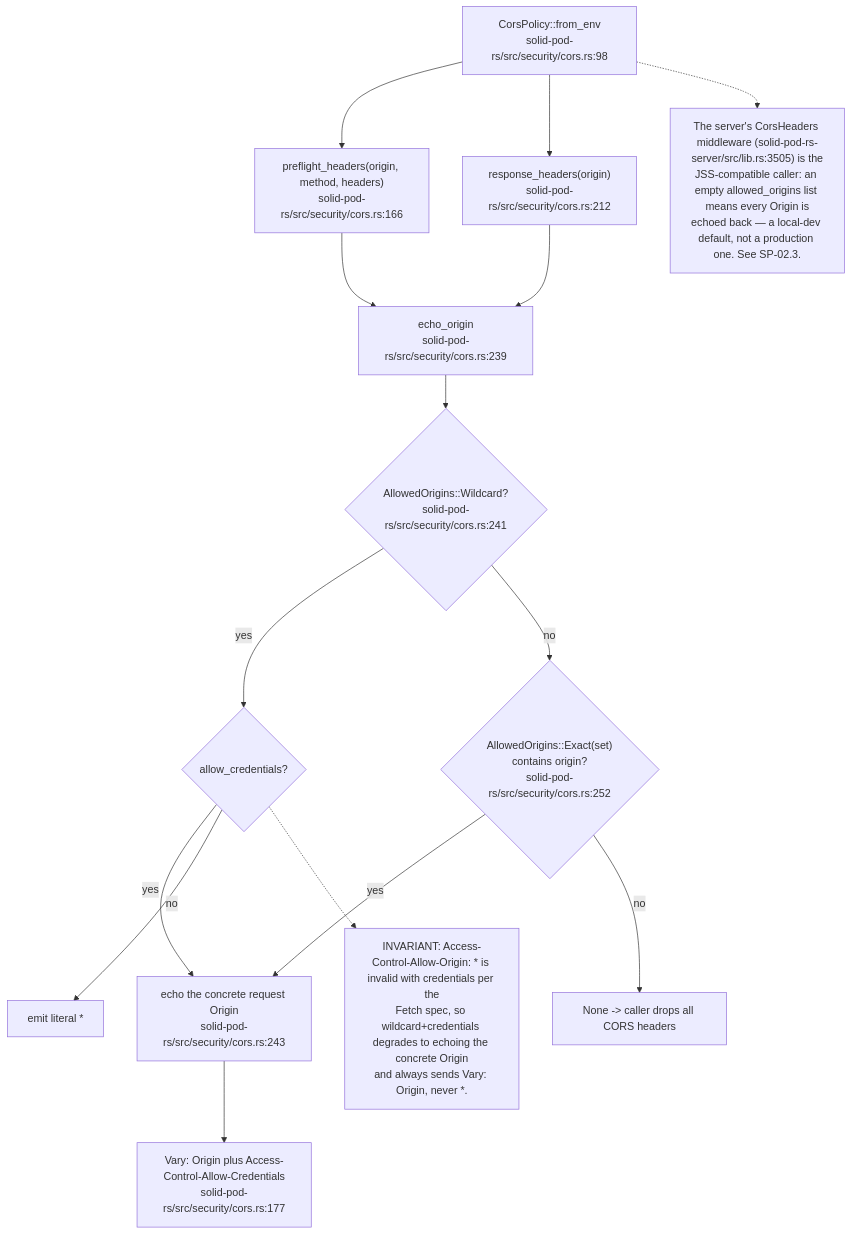
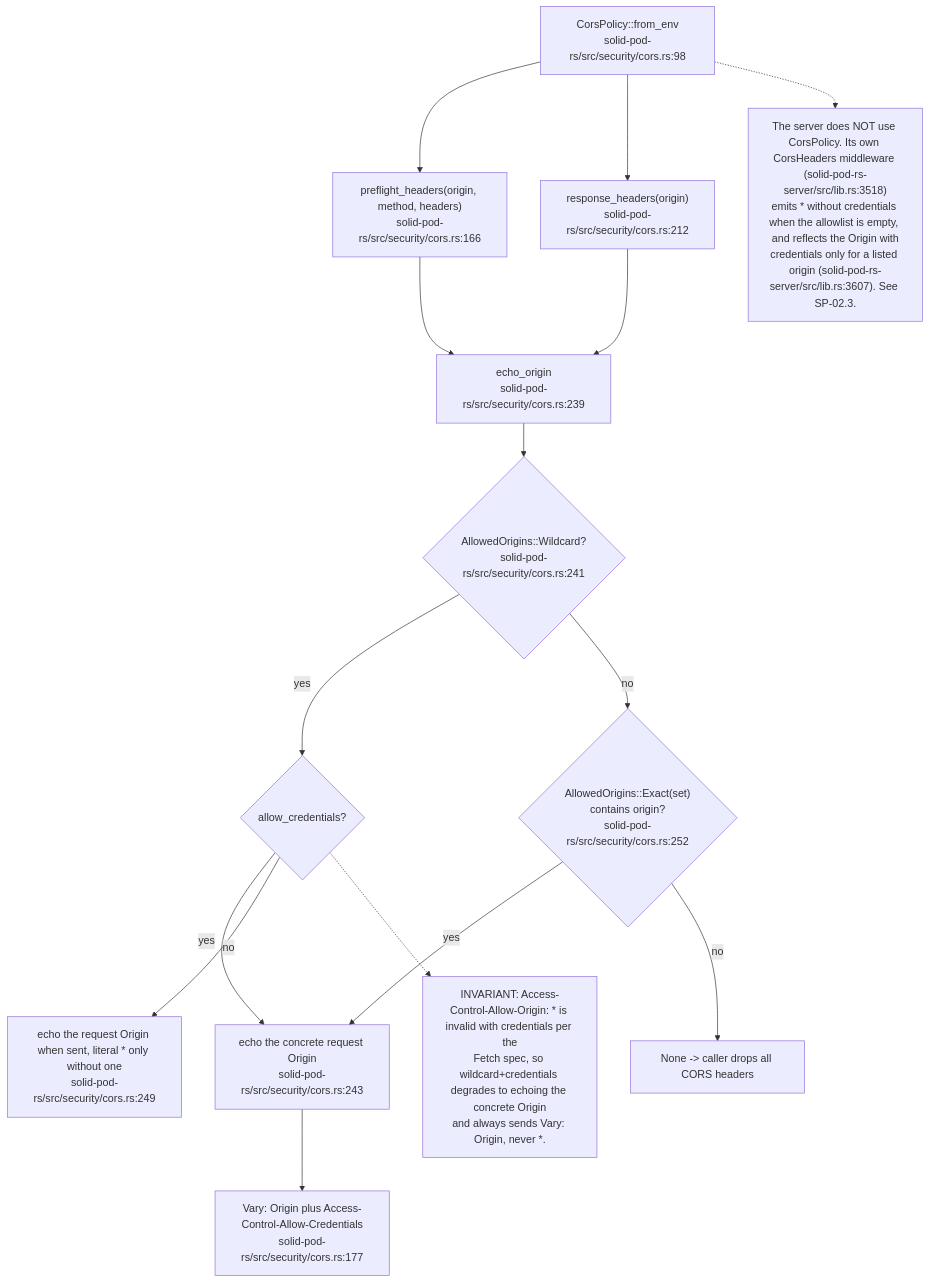
One commit to DreamLab-AI/VisionFlow changed the ninth of 11 diagrams in docs/diagrams/solid-pod-rs/06-storage-quota-and-git-pods.md. Above: the diagram before and after it, drawn with Mermaid. The commit also changed other lines of this file and 47 other files, not shown here.

````diff
--- a/docs/diagrams/solid-pod-rs/06-storage-quota-and-git-pods.md
+++ b/docs/diagrams/solid-pod-rs/06-storage-quota-and-git-pods.md
@@ -245,31 +270,31 @@
 ```mermaid
 flowchart TD
     ENV["CorsPolicy::from_env<br/>solid-pod-rs/src/security/cors.rs:98"]
     PF["preflight_headers(origin, method, headers)<br/>solid-pod-rs/src/security/cors.rs:166"]
     RF["response_headers(origin)<br/>solid-pod-rs/src/security/cors.rs:212"]
     EO["echo_origin<br/>solid-pod-rs/src/security/cors.rs:239"]
     WC{"AllowedOrigins::Wildcard?<br/>solid-pod-rs/src/security/cors.rs:241"}
     CRED{"allow_credentials?"}
     ECHO["echo the concrete request Origin<br/>solid-pod-rs/src/security/cors.rs:243"]
-    STAR["emit literal *"]
+    STAR["echo the request Origin when sent, literal * only without one<br/>solid-pod-rs/src/security/cors.rs:249"]
     EX{"AllowedOrigins::Exact(set)<br/>contains origin?<br/>solid-pod-rs/src/security/cors.rs:252"}
     NONE["None -> caller drops all CORS headers"]
     VARY["Vary: Origin plus Access-Control-Allow-Credentials<br/>solid-pod-rs/src/security/cors.rs:177"]
 
     ENV --> PF
     ENV --> RF
     PF --> EO
     RF --> EO
     EO --> WC
     WC -- yes --> CRED
     CRED -- yes --> ECHO --> VARY
     CRED -- no --> STAR
     WC -- no --> EX
     EX -- yes --> ECHO
     EX -- no --> NONE
 
     N["INVARIANT: Access-Control-Allow-Origin: * is invalid with credentials per the<br/>Fetch spec, so wildcard+credentials degrades to echoing the concrete Origin<br/>and always sends Vary: Origin, never *."]
     CRED -.-> N
-    N2["The server's CorsHeaders middleware (solid-pod-rs-server/src/lib.rs:3505) is the<br/>JSS-compatible caller: an empty allowed_origins list means every Origin is<br/>echoed back — a local-dev default, not a production one. See SP-02.3."]
+    N2["The server does NOT use CorsPolicy. Its own CorsHeaders middleware (solid-pod-rs-server/src/lib.rs:3518)<br/>emits * without credentials when the allowlist is empty, and reflects the Origin with<br/>credentials only for a listed origin (solid-pod-rs-server/src/lib.rs:3607). See SP-02.3."]
     ENV -.-> N2
 ```
````
